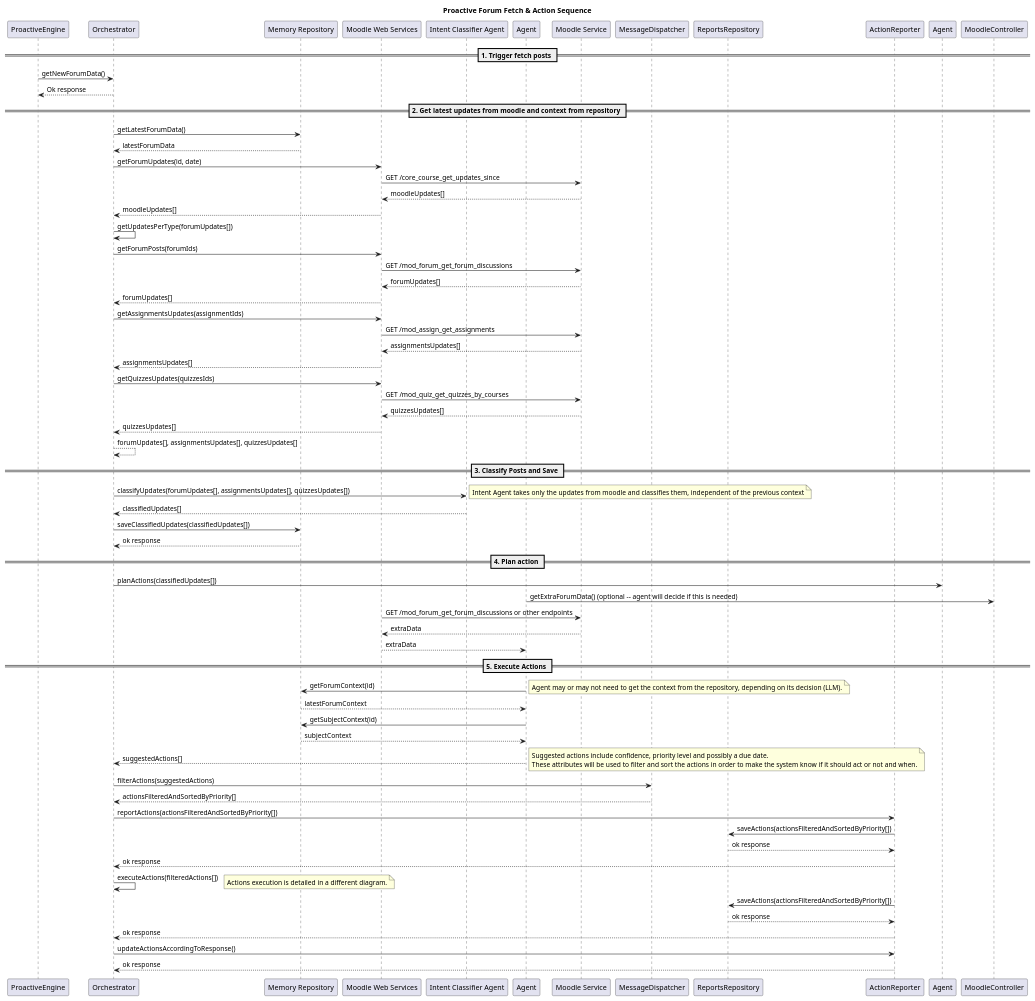
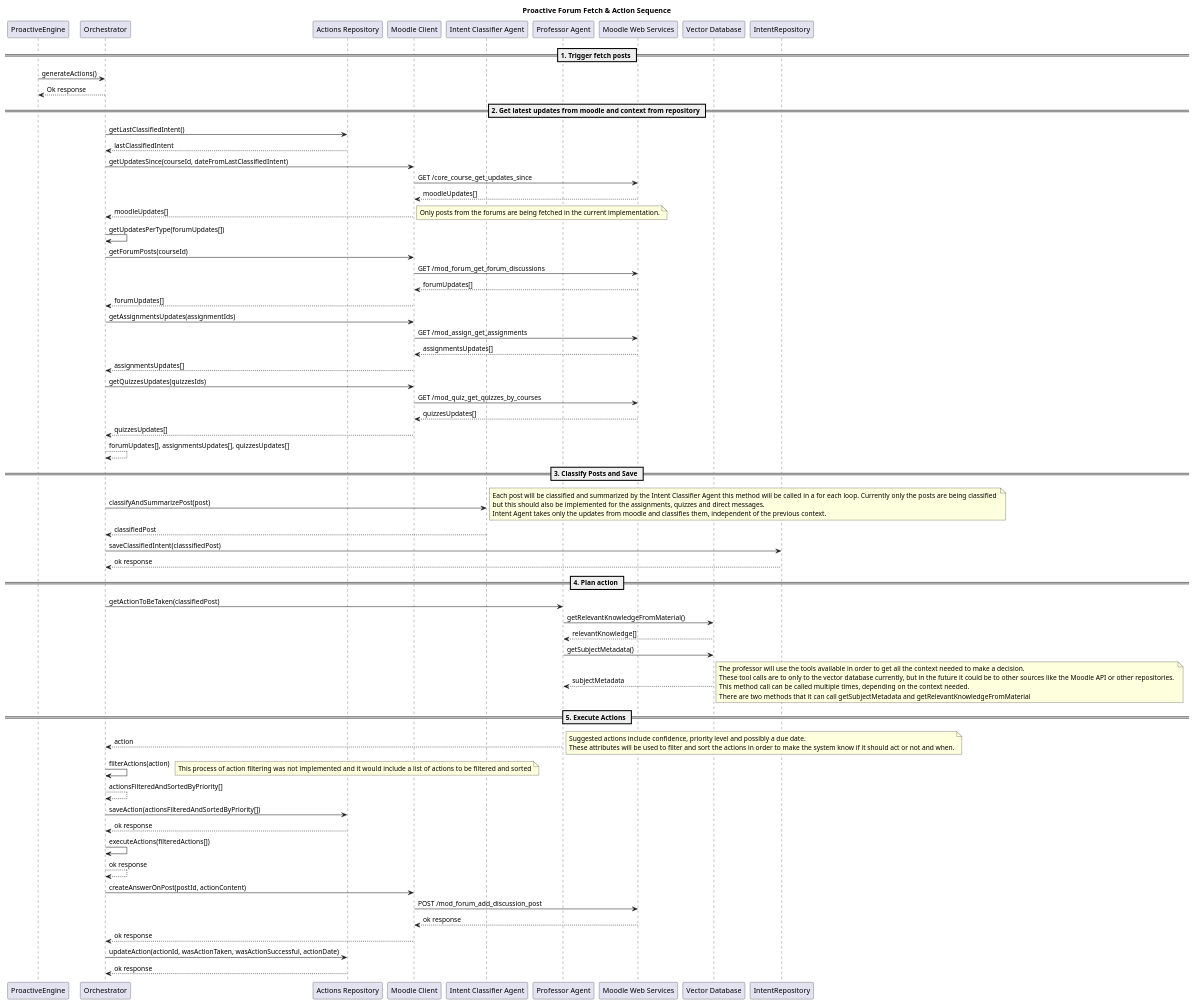
The diagram in arch/proactive_engine_general.plantuml (gmaragao/profAI), drawn with PlantUML before and after one commit. The commit also changed 38 other files, not shown here.

```diff
--- a/arch/proactive_engine_general.plantuml
+++ b/arch/proactive_engine_general.plantuml
@@ -1,88 +1,95 @@
 @startuml
 title Proactive Forum Fetch & Action Sequence
 
 participant ProactiveEngine
 participant Orchestrator
-participant MessageDispatcher
-participant "Memory Repository" as MemoryRepository
-participant "Moodle Web Services" as MoodleAPIService
+participant "Actions Repository" as ActionsRepository
+participant "Moodle Client" as MoodleClient
 participant "Intent Classifier Agent" as IntentAgent
-participant "Agent" as MainAgent
-participant "Moodle Service" as MoodleAPI
-participant MessageDispatcher
-participant ReportsRepository
-participant ActionReporter
+participant "Professor Agent" as ProfessorAgent
+participant "Moodle Web Services" as MoodleAPI
+participant "Vector Database" as VectorDB
 
 == 1. Trigger fetch posts ==
-ProactiveEngine -> Orchestrator : getNewForumData()
+ProactiveEngine -> Orchestrator : generateActions()
 Orchestrator --> ProactiveEngine : Ok response
 
 == 2. Get latest updates from moodle and context from repository ==
-Orchestrator -> MemoryRepository : getLatestForumData()
-MemoryRepository --> Orchestrator : latestForumData
-Orchestrator -> MoodleAPIService : getForumUpdates(id, date)
-MoodleAPIService -> MoodleAPI : GET /core_course_get_updates_since
-MoodleAPI --> MoodleAPIService : moodleUpdates[]
-MoodleAPIService --> Orchestrator : moodleUpdates[]
-
+Orchestrator -> ActionsRepository : getLastClassifiedIntent()
+ActionsRepository --> Orchestrator : lastClassifiedIntent
+Orchestrator -> MoodleClient : getUpdatesSince(courseId, dateFromLastClassifiedIntent)
+MoodleClient -> MoodleAPI : GET /core_course_get_updates_since
+MoodleAPI --> MoodleClient : moodleUpdates[]
+MoodleClient --> Orchestrator : moodleUpdates[]
+note right
+Only posts from the forums are being fetched in the current implementation.
+end note
 Orchestrator -> Orchestrator: getUpdatesPerType(forumUpdates[])
-Orchestrator -> MoodleAPIService : getForumPosts(forumIds)
-MoodleAPIService -> MoodleAPI : GET /mod_forum_get_forum_discussions
-MoodleAPI --> MoodleAPIService : forumUpdates[]
-MoodleAPIService --> Orchestrator : forumUpdates[]
-Orchestrator -> MoodleAPIService : getAssignmentsUpdates(assignmentIds)
-MoodleAPIService -> MoodleAPI : GET /mod_assign_get_assignments
-MoodleAPI --> MoodleAPIService : assignmentsUpdates[]
-MoodleAPIService --> Orchestrator : assignmentsUpdates[]
-Orchestrator -> MoodleAPIService : getQuizzesUpdates(quizzesIds)
-MoodleAPIService -> MoodleAPI : GET /mod_quiz_get_quizzes_by_courses
-MoodleAPI --> MoodleAPIService : quizzesUpdates[]
-MoodleAPIService --> Orchestrator : quizzesUpdates[]
+Orchestrator -> MoodleClient : getForumPosts(courseId)
+MoodleClient -> MoodleAPI : GET /mod_forum_get_forum_discussions
+MoodleAPI --> MoodleClient : forumUpdates[]
+MoodleClient --> Orchestrator : forumUpdates[]
+Orchestrator -> MoodleClient : getAssignmentsUpdates(assignmentIds)
+MoodleClient -> MoodleAPI : GET /mod_assign_get_assignments
+MoodleAPI --> MoodleClient : assignmentsUpdates[]
+MoodleClient --> Orchestrator : assignmentsUpdates[]
+Orchestrator -> MoodleClient : getQuizzesUpdates(quizzesIds)
+MoodleClient -> MoodleAPI : GET /mod_quiz_get_quizzes_by_courses
+MoodleAPI --> MoodleClient : quizzesUpdates[]
+MoodleClient --> Orchestrator : quizzesUpdates[]
 Orchestrator --> Orchestrator: forumUpdates[], assignmentsUpdates[], quizzesUpdates[]
 
 
 
 == 3. Classify Posts and Save ==
-Orchestrator -> IntentAgent : classifyUpdates(forumUpdates[], assignmentsUpdates[], quizzesUpdates[])
-note right: Intent Agent takes only the updates from moodle and classifies them, independent of the previous context 
-IntentAgent --> Orchestrator : classifiedUpdates[]
-Orchestrator -> MemoryRepository : saveClassifiedUpdates(classifiedUpdates[])
-MemoryRepository --> Orchestrator : ok response
+Orchestrator -> IntentAgent : classifyAndSummarizePost(post)
+note right
+Each post will be classified and summarized by the Intent Classifier Agent this method will be called in a for each loop. Currently only the posts are being classified 
+but this should also be implemented for the assignments, quizzes and direct messages.
+Intent Agent takes only the updates from moodle and classifies them, independent of the previous context.
+end note
+IntentAgent --> Orchestrator : classifiedPost
+Orchestrator -> IntentRepository : saveClassifiedIntent(classsifiedPost)
+IntentRepository --> Orchestrator : ok response
 
 
 == 4. Plan action ==
-Orchestrator -> Agent : planActions(classifiedUpdates[])
-MainAgent -> MoodleController : getExtraForumData() (optional -- agent will decide if this is needed)
-MoodleAPIService -> MoodleAPI : GET /mod_forum_get_forum_discussions or other endpoints
-MoodleAPI --> MoodleAPIService : extraData
-MoodleAPIService --> MainAgent : extraData
+Orchestrator -> ProfessorAgent : getActionToBeTaken(classifiedPost)
+ProfessorAgent -> VectorDB : getRelevantKnowledgeFromMaterial()
+VectorDB --> ProfessorAgent : relevantKnowledge[]
+ProfessorAgent -> VectorDB : getSubjectMetadata()
+VectorDB --> ProfessorAgent : subjectMetadata
+note right
+The professor will use the tools available in order to get all the context needed to make a decision.
+These tool calls are to only to the vector database currently, but in the future it could be to other sources like the Moodle API or other repositories. 
+This method call can be called multiple times, depending on the context needed.
+There are two methods that it can call getSubjectMetadata and getRelevantKnowledgeFromMaterial
+end note 
+
 
 
 == 5. Execute Actions == 
-MainAgent -> MemoryRepository : getForumContext(id)
-note right: Agent may or may not need to get the context from the repository, depending on its decision (LLM).
-MemoryRepository --> MainAgent : latestForumContext
-MainAgent -> MemoryRepository : getSubjectContext(id)
-MemoryRepository --> MainAgent : subjectContext
-
-MainAgent --> Orchestrator : suggestedActions[] 
+ProfessorAgent --> Orchestrator : action 
 note right
 Suggested actions include confidence, priority level and possibly a due date.
 These attributes will be used to filter and sort the actions in order to make the system know if it should act or not and when.
 end note 
-Orchestrator -> MessageDispatcher : filterActions(suggestedActions)
-MessageDispatcher --> Orchestrator : actionsFilteredAndSortedByPriority[]
-Orchestrator -> ActionReporter : reportActions(actionsFilteredAndSortedByPriority[])
-ActionReporter -> ReportsRepository : saveActions(actionsFilteredAndSortedByPriority[])
-ReportsRepository --> ActionReporter : ok response
-ActionReporter --> Orchestrator : ok response
+Orchestrator -> Orchestrator : filterActions(action)
+note right
+This process of action filtering was not implemented and it would include a list of actions to be filtered and sorted
+end note
+Orchestrator --> Orchestrator : actionsFilteredAndSortedByPriority[]
+Orchestrator -> ActionsRepository : saveAction(actionsFilteredAndSortedByPriority[])
+ActionsRepository --> Orchestrator : ok response
 Orchestrator -> Orchestrator : executeActions(filteredActions[]) 
-note right: Actions execution is detailed in a different diagram.
-ActionReporter -> ReportsRepository : saveActions(actionsFilteredAndSortedByPriority[])
-ReportsRepository --> ActionReporter : ok response
-ActionReporter --> Orchestrator : ok response
+Orchestrator --> Orchestrator: ok response
+Orchestrator -> MoodleClient: createAnswerOnPost(postId, actionContent)
+MoodleClient -> MoodleAPI : POST /mod_forum_add_discussion_post
+MoodleAPI --> MoodleClient : ok response
+MoodleClient --> Orchestrator : ok response
 
 
-Orchestrator -> ActionReporter : updateActionsAccordingToResponse()
-ActionReporter --> Orchestrator : ok response
+
+Orchestrator -> ActionsRepository : updateAction(actionId, wasActionTaken, wasActionSuccessful, actionDate)
+ActionsRepository --> Orchestrator : ok response
 @enduml
```
